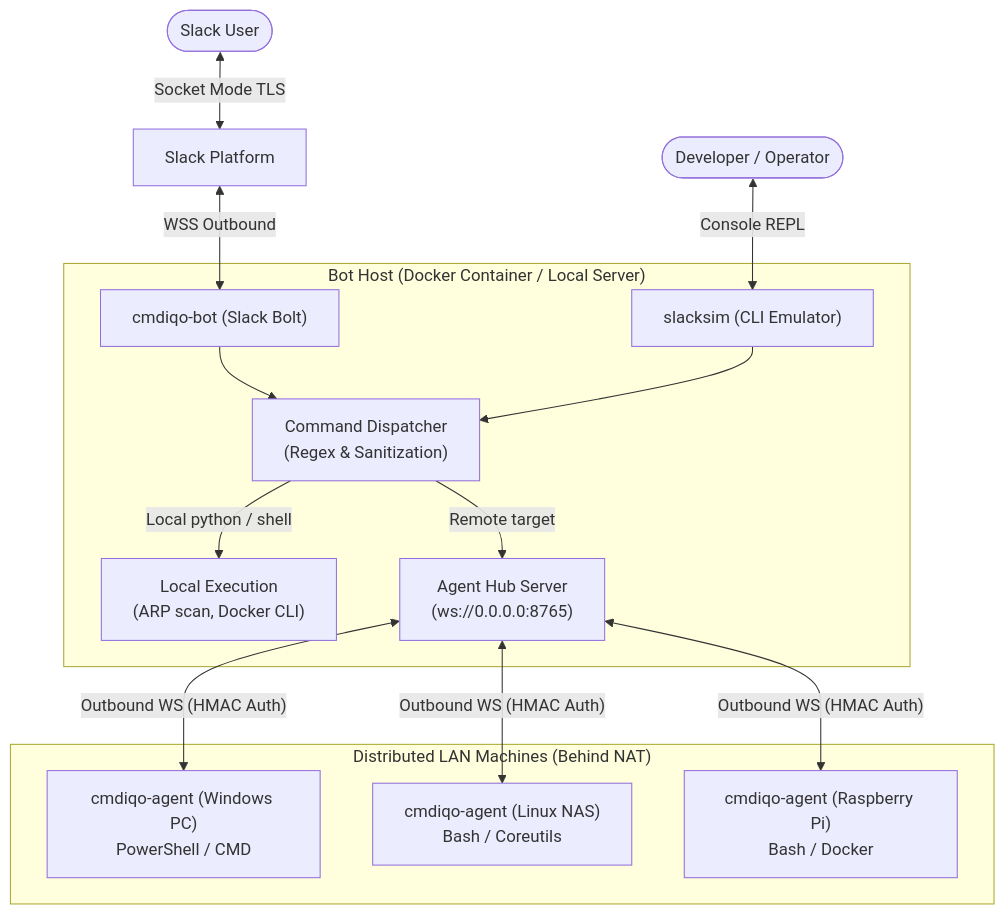
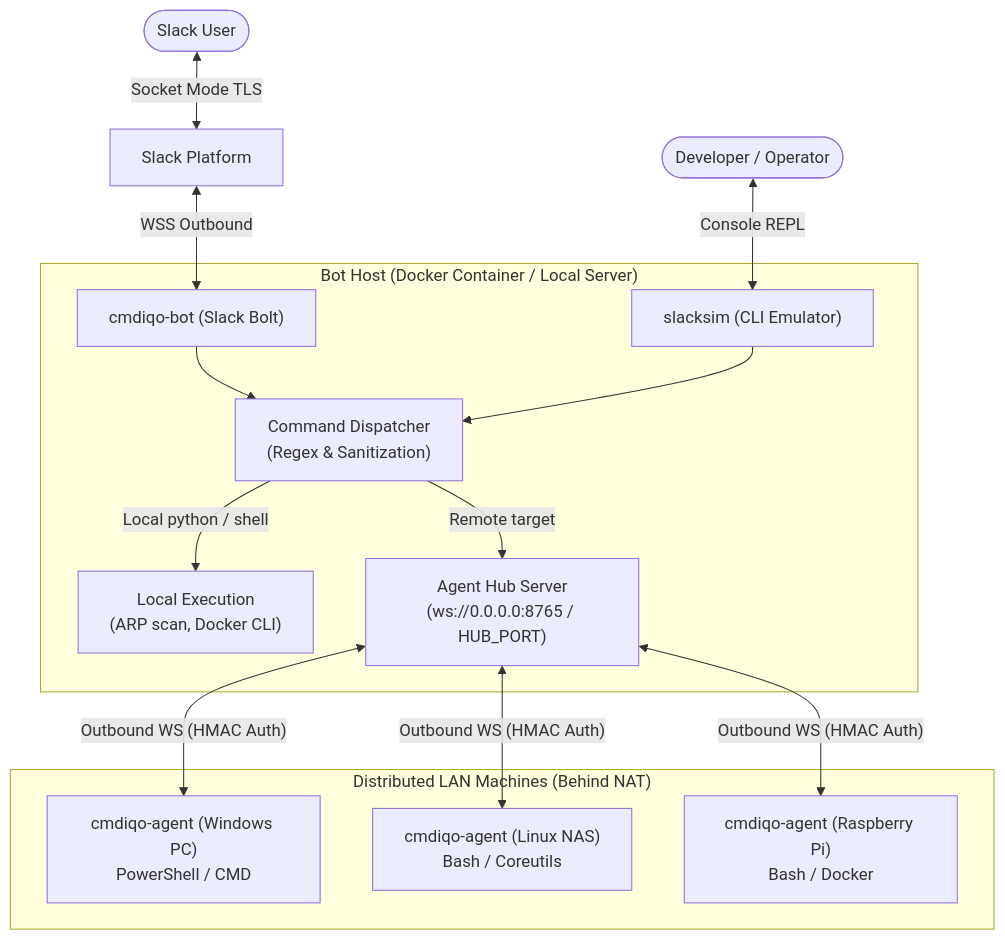
The first of 3 diagrams in OVERVIEW.md (lhotakj/cmdiqo), drawn with Mermaid before and after one commit. The commit also changed other lines of this file and 28 other files, not shown here.

````diff
--- a/OVERVIEW.md
+++ b/OVERVIEW.md
@@ -16,19 +16,19 @@
 ```mermaid
 graph TD
     User([Slack User]) <-->|Socket Mode TLS| Slack[Slack Platform]
     Slack <-->|WSS Outbound| BotApp["cmdiqo-bot (Slack Bolt)"]
     DevUser([Developer / Operator]) <-->|Console REPL| SlackSim["slacksim (CLI Emulator)"]
 
     subgraph BotHost ["Bot Host (Docker Container / Local Server)"]
         BotApp --> Dispatcher["Command Dispatcher\n(Regex & Sanitization)"]
         SlackSim --> Dispatcher
         Dispatcher -->|Local python / shell| LocalExec["Local Execution\n(ARP scan, Docker CLI)"]
-        Dispatcher -->|Remote target| Hub["Agent Hub Server\n(ws://0.0.0.0:8765)"]
+        Dispatcher -->|Remote target| Hub["Agent Hub Server\n(ws://0.0.0.0:8765 / HUB_PORT)"]
     end
 
     subgraph RemoteAgents ["Distributed LAN Machines (Behind NAT)"]
         Hub <-->|"Outbound WS (HMAC Auth)"| AgentWin["cmdiqo-agent (Windows PC)\nPowerShell / CMD"]
         Hub <-->|"Outbound WS (HMAC Auth)"| AgentLinux["cmdiqo-agent (Linux NAS)\nBash / Coreutils"]
         Hub <-->|"Outbound WS (HMAC Auth)"| AgentPi["cmdiqo-agent (Raspberry Pi)\nBash / Docker"]
     end
 ```
````
